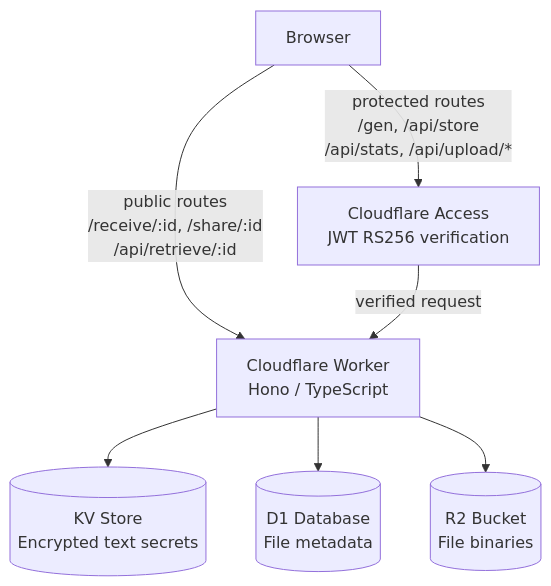
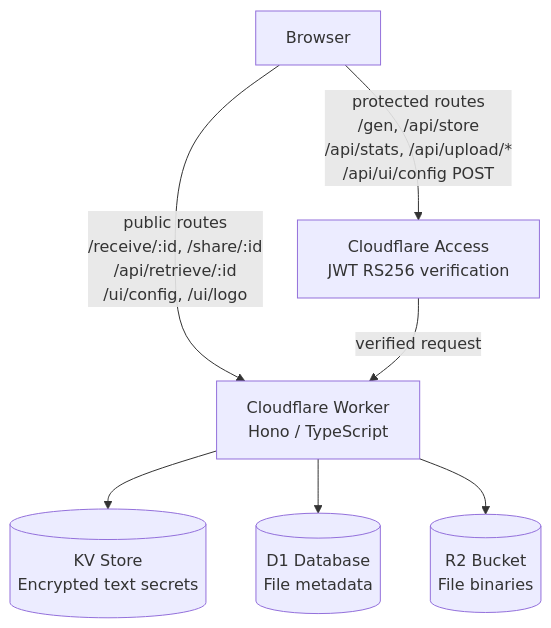
One commit to maciekaz/Edge-Secrets changed the fourth of 4 diagrams in README.md. Above: the diagram before and after it, drawn with Mermaid. The commit also changed other lines of this file and 4 other files, not shown here.

````diff
--- a/README.md
+++ b/README.md
@@ -102,11 +114,11 @@
 ```mermaid
 flowchart TD
-    Browser -->|protected routes\n/gen, /api/store\n/api/stats, /api/upload/*| CFA[Cloudflare Access\nJWT RS256 verification]
-    Browser -->|public routes\n/receive/:id, /share/:id\n/api/retrieve/:id| Worker
+    Browser -->|protected routes\n/gen, /api/store\n/api/stats, /api/upload/*\n/api/ui/config POST| CFA[Cloudflare Access\nJWT RS256 verification]
+    Browser -->|public routes\n/receive/:id, /share/:id\n/api/retrieve/:id\n/ui/config, /ui/logo| Worker
 
     CFA -->|verified request| Worker[Cloudflare Worker\nHono / TypeScript]
 
     Worker --> KV[(KV Store\nEncrypted text secrets)]
     Worker --> D1[(D1 Database\nFile metadata)]
     Worker --> R2[(R2 Bucket\nFile binaries)]
 ```
````
